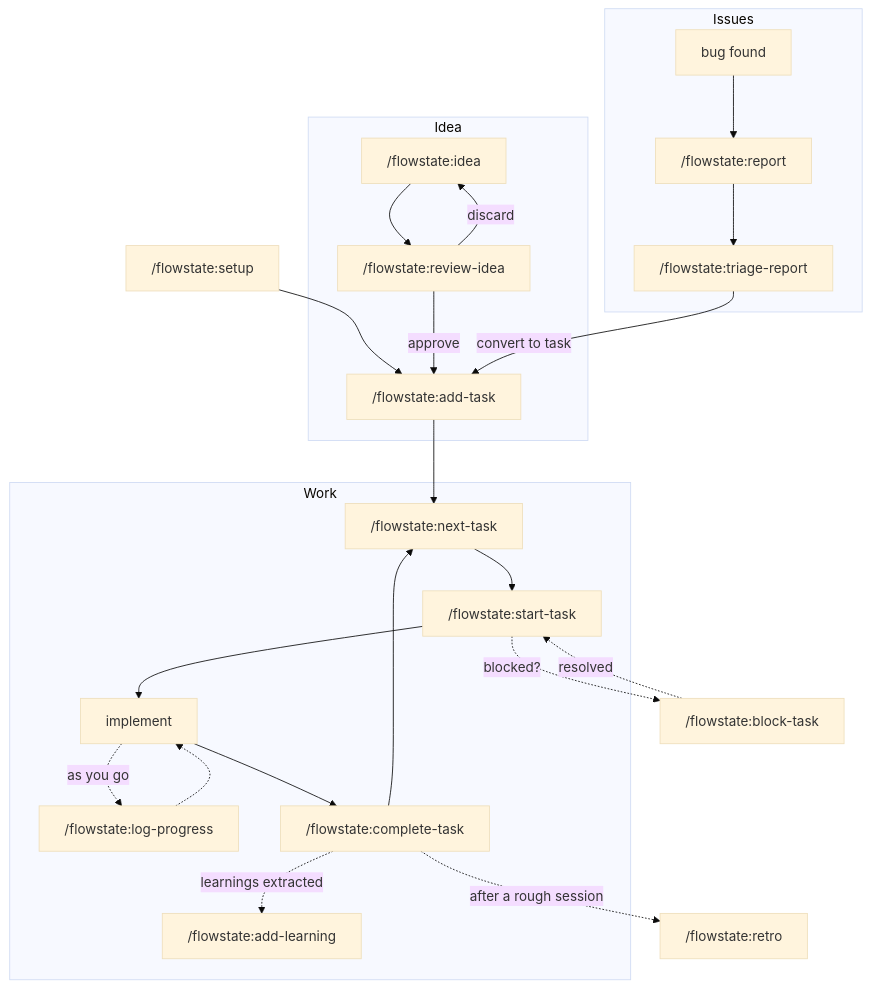
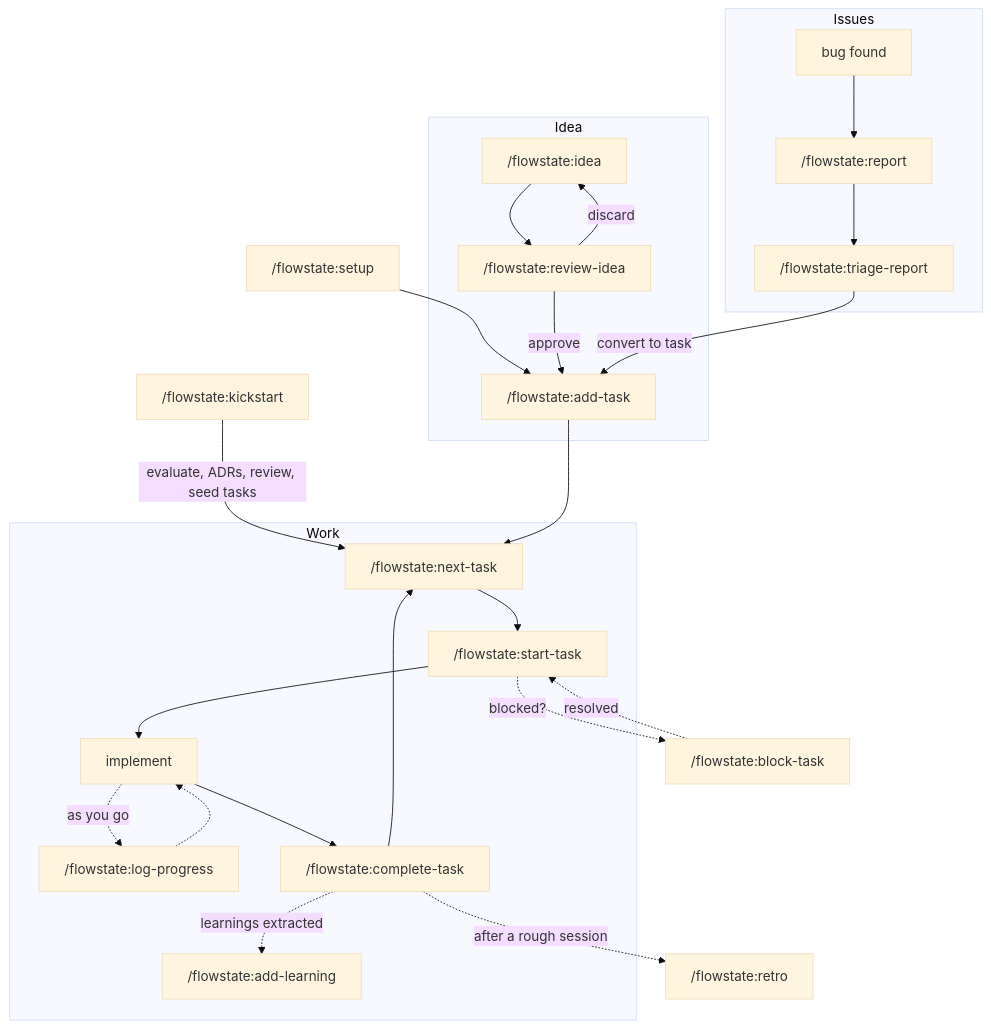
Before and after one commit to jmlweb/skills-monorepo: the first of 5 diagrams in plugins/flowstate/README.md, drawn with Mermaid (base theme). The commit also changed other lines of this file and 13 other files, not shown here.

First line of the commit message:
feat(flowstate): add kickstart skill and kickstart-reviewer agent

````diff
--- a/plugins/flowstate/README.md
+++ b/plugins/flowstate/README.md
@@ -253,31 +254,32 @@
 ```mermaid
 flowchart TD
     INIT["/flowstate:setup"] --> ADD
+    KICK["/flowstate:kickstart"] -- "evaluate, ADRs, review, seed tasks" --> NEXT
 
     subgraph Idea
         PLAN["/flowstate:idea"] --> REVIEW["/flowstate:review-idea"]
         REVIEW -- approve --> ADD
         REVIEW -- discard --> PLAN
     end
 
     subgraph Work
         ADD["/flowstate:add-task"] --> NEXT["/flowstate:next-task"]
         NEXT --> START["/flowstate:start-task"]
         START --> IMPL["implement"]
         IMPL -. "as you go" .-> LOG["/flowstate:log-progress"]
         LOG -.-> IMPL
         IMPL --> DONE["/flowstate:complete-task"]
         DONE -. "learnings extracted" .-> LEARN["/flowstate:add-learning"]
         DONE --> NEXT
     end
 
     subgraph Issues
         BUG["bug found"] --> REPORT["/flowstate:report"]
         REPORT --> TRIAGE["/flowstate:triage-report"]
         TRIAGE -- "convert to task" --> ADD
     end
 
     DONE -. "after a rough session" .-> RETRO["/flowstate:retro"]
     START -. "blocked?" .-> BLOCK["/flowstate:block-task"]
     BLOCK -. "resolved" .-> START
 ```
````
